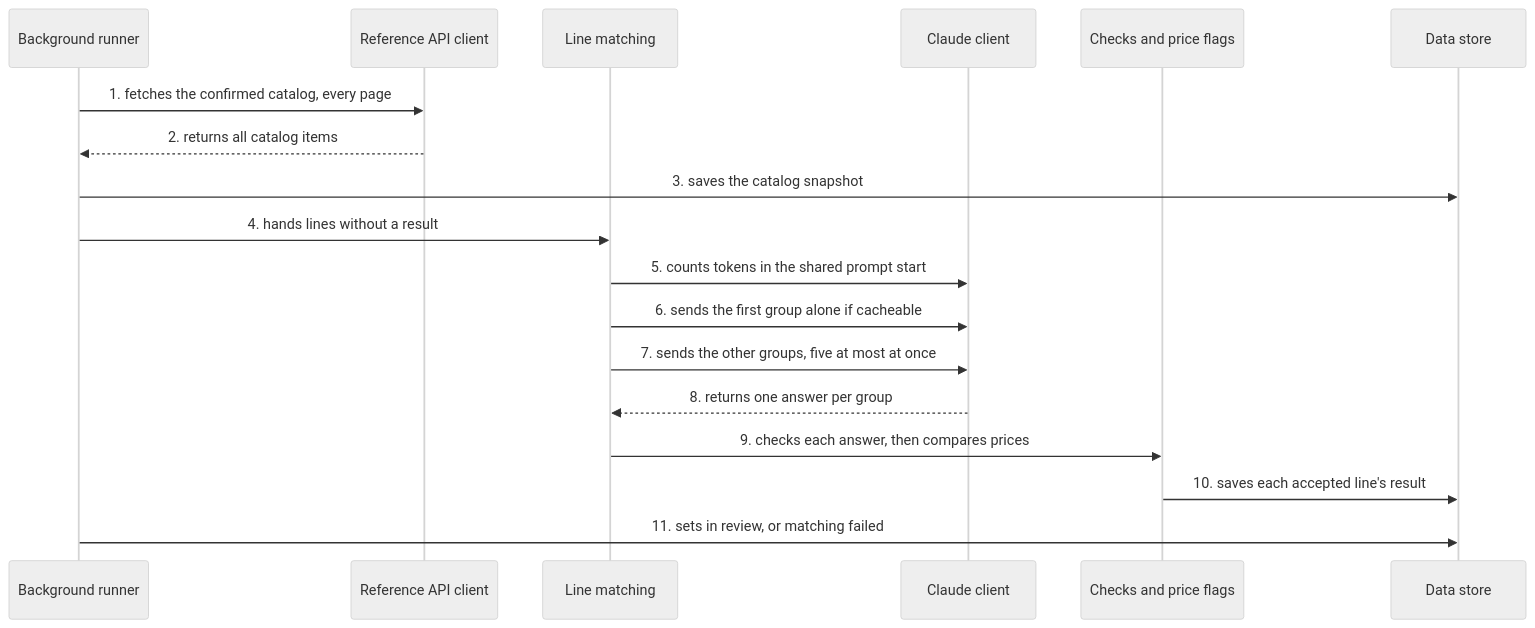
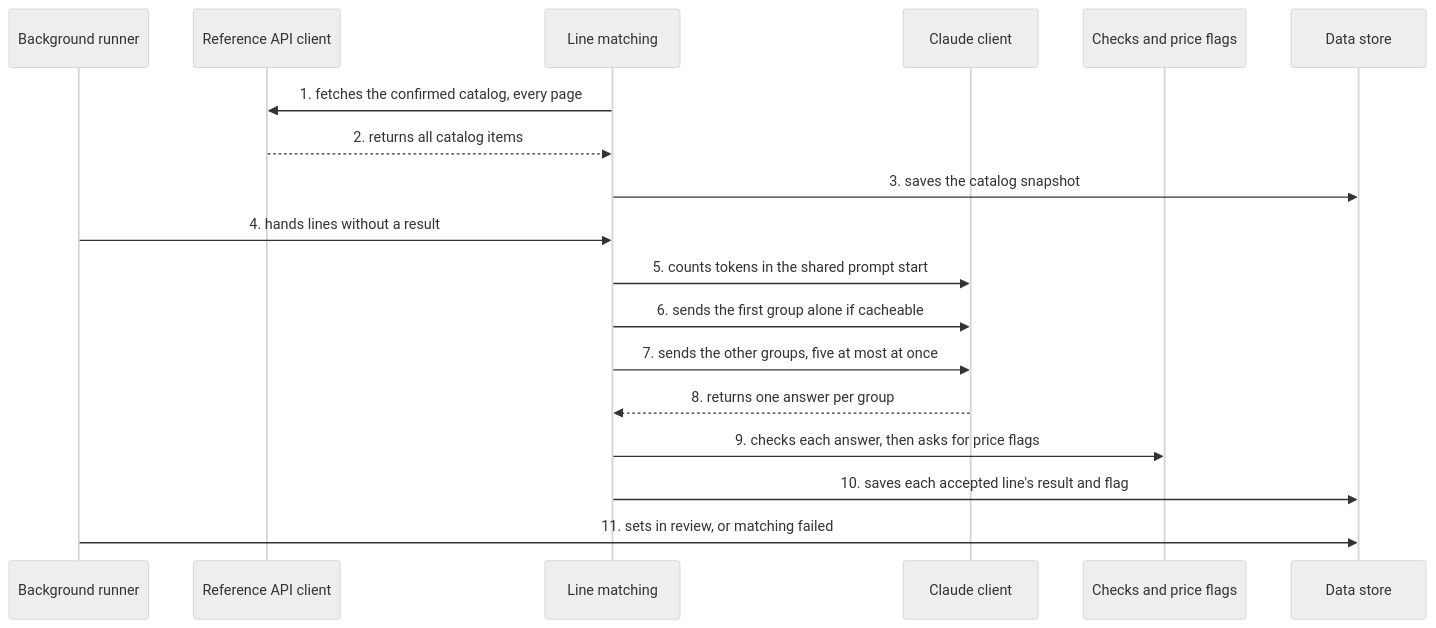
One commit to lucycchi/ai-invoice-ingestion-platform changed the sixth of 14 diagrams in docs/ARCHITECTURE.md. Above: the diagram before and after it, drawn with Mermaid (neutral theme). The commit also changed other lines of this file and 11 other files, not shown here.

````diff
--- a/docs/ARCHITECTURE.md
+++ b/docs/ARCHITECTURE.md
@@ -379,21 +379,21 @@
 ```mermaid
 sequenceDiagram
     participant R as Background runner
     participant A as Reference API client
     participant L as Line matching
     participant C as Claude client
     participant F as Checks and price flags
     participant S as Data store
 
-    R->>A: 1. fetches the confirmed catalog, every page
-    A-->>R: 2. returns all catalog items
-    R->>S: 3. saves the catalog snapshot
+    L->>A: 1. fetches the confirmed catalog, every page
+    A-->>L: 2. returns all catalog items
+    L->>S: 3. saves the catalog snapshot
     R->>L: 4. hands lines without a result
     L->>C: 5. counts tokens in the shared prompt start
     L->>C: 6. sends the first group alone if cacheable
     L->>C: 7. sends the other groups, five at most at once
     C-->>L: 8. returns one answer per group
-    L->>F: 9. checks each answer, then compares prices
-    F->>S: 10. saves each accepted line's result
+    L->>F: 9. checks each answer, then asks for price flags
+    L->>S: 10. saves each accepted line's result and flag
     R->>S: 11. sets in review, or matching failed
 ```
````
